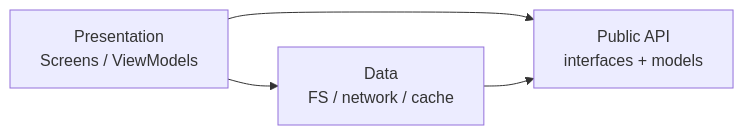
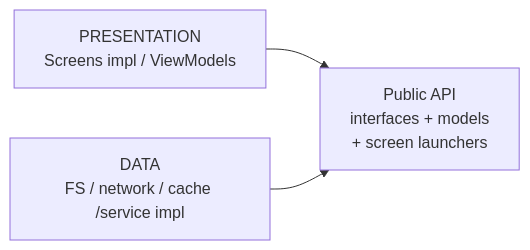
Before and after one commit to Al-Qassim/Android-Studio-Lite: the second of 5 diagrams in project/architecture.md, drawn with Mermaid. The commit also changed other lines of this file and 1 other file, not shown here.

First line of the commit message:
Document grilled v0.1 architecture decisions and screen launchers.

````diff
--- a/project/architecture.md
+++ b/project/architecture.md
@@ -161,10 +180,9 @@
 ```mermaid
 flowchart LR
-  UI["Presentation<br/>Screens / ViewModels"]
-  API["Public API<br/>interfaces + models"]
-  DATA["Data<br/>FS / network / cache"]
+  PRESENTATION["PRESENTATION<br/>Screens impl / ViewModels"]
+  API["Public API<br/>interfaces + models<br/>+ screen launchers"]
+  DATA["DATA<br/>FS / network / cache /service impl"]
 
-  UI --> API
-  UI --> DATA
+  PRESENTATION --> API
   DATA --> API
 ```
````
